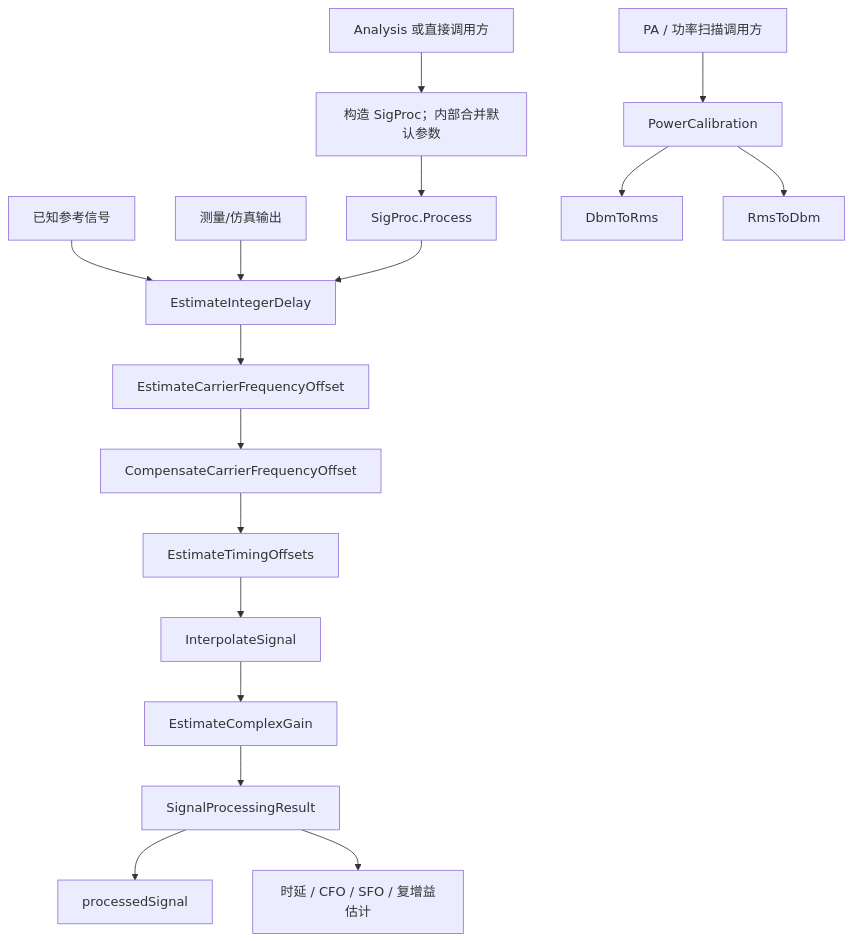
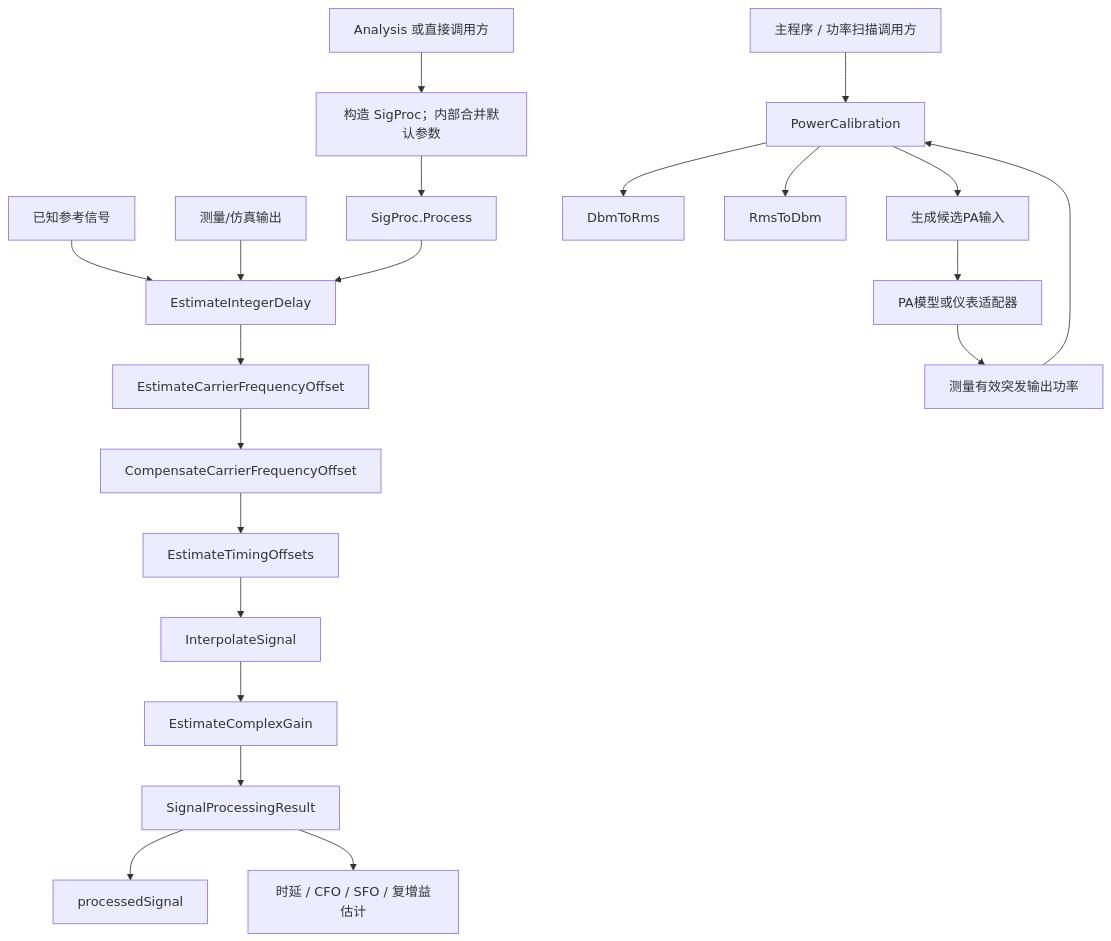
Diagram 12 of 15 in README.md (niyilu45/DPD_ILC), drawn with Mermaid before and after one commit. The commit also changed other lines of this file and 14 other files, not shown here.

Commit message:
Implement closed-loop PA power calibration

````diff
--- a/README.md
+++ b/README.md
@@ -528,19 +530,23 @@
 ```mermaid
 flowchart TD
     caller["Analysis 或直接调用方"] --> processor["构造 SigProc；内部合并默认参数"]
     processor --> process["SigProc.Process"]
     reference["已知参考信号"] --> integer["EstimateIntegerDelay"]
     measured["测量/仿真输出"] --> integer
     process --> integer
     integer --> cfo["EstimateCarrierFrequencyOffset"]
     cfo --> cfoComp["CompensateCarrierFrequencyOffset"]
     cfoComp --> timing["EstimateTimingOffsets"]
     timing --> interpolation["InterpolateSignal"]
     interpolation --> gain["EstimateComplexGain"]
     gain --> result["SignalProcessingResult"]
     result --> corrected["processedSignal"]
     result --> estimates["时延 / CFO / SFO / 复增益估计"]
-    powerCaller["PA / 功率扫描调用方"] --> calibration["PowerCalibration"]
+    powerCaller["主程序 / 功率扫描调用方"] --> calibration["PowerCalibration"]
     calibration --> dbmToRms["DbmToRms"]
     calibration --> rmsToDbm["RmsToDbm"]
+    calibration --> trialInput["生成候选PA输入"]
+    trialInput --> paOrInstrument["PA模型或仪表适配器"]
+    paOrInstrument --> activePower["测量有效突发输出功率"]
+    activePower --> calibration
 ```
````
